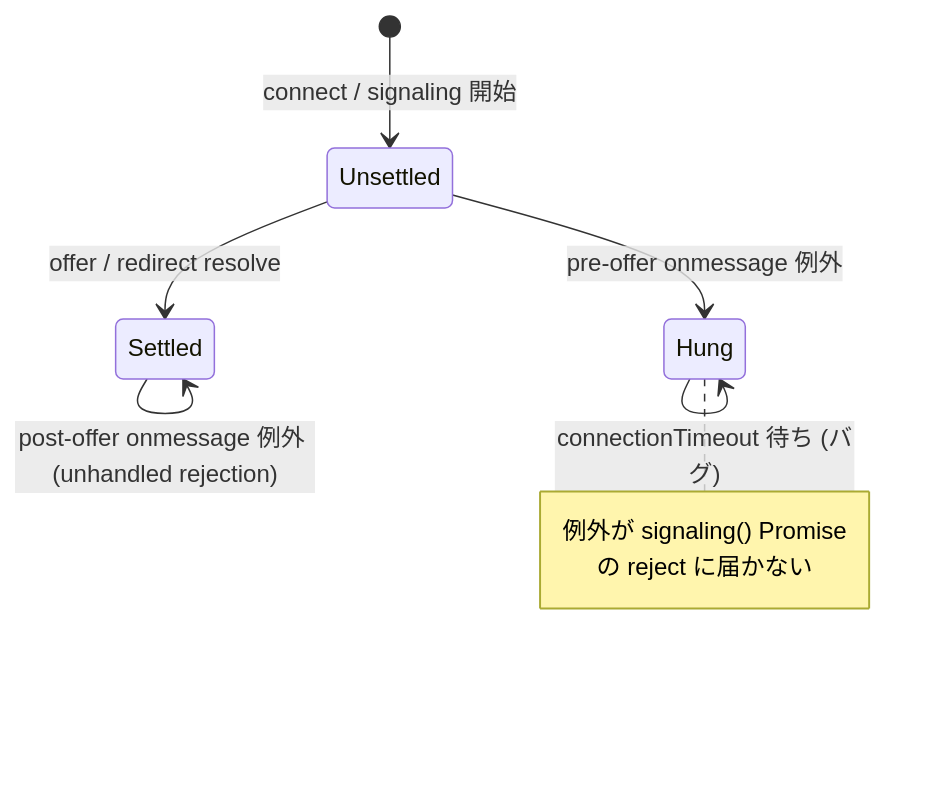
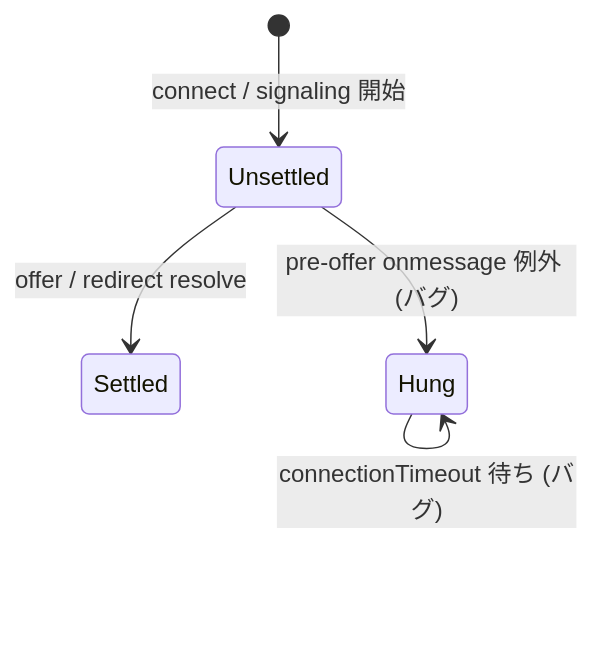
One commit to shiguredo/sora-js-sdk changed the diagram in issues/0008-bug-fix-signaling-onmessage-exception-hangs-connect.md. Above: the diagram before and after it, drawn with Mermaid. The commit also changed other lines of this file and 3 other files, not shown here.

````diff
--- a/issues/0008-bug-fix-signaling-onmessage-exception-hangs-connect.md
+++ b/issues/0008-bug-fix-signaling-onmessage-exception-hangs-connect.md
@@ -23,13 +23,7 @@
 ```mermaid
 stateDiagram-v2
     [*] --> Unsettled: connect / signaling 開始
     Unsettled --> Settled: offer / redirect resolve
-    Unsettled --> Hung: pre-offer onmessage 例外
+    Unsettled --> Hung: pre-offer onmessage 例外 (バグ)
     Hung --> Hung: connectionTimeout 待ち (バグ)
-    Settled --> Settled: post-offer onmessage 例外 (unhandled rejection)
-
-    note right of Hung
-        例外が signaling() Promise
-        の reject に届かない
-    end note
 ```
````
